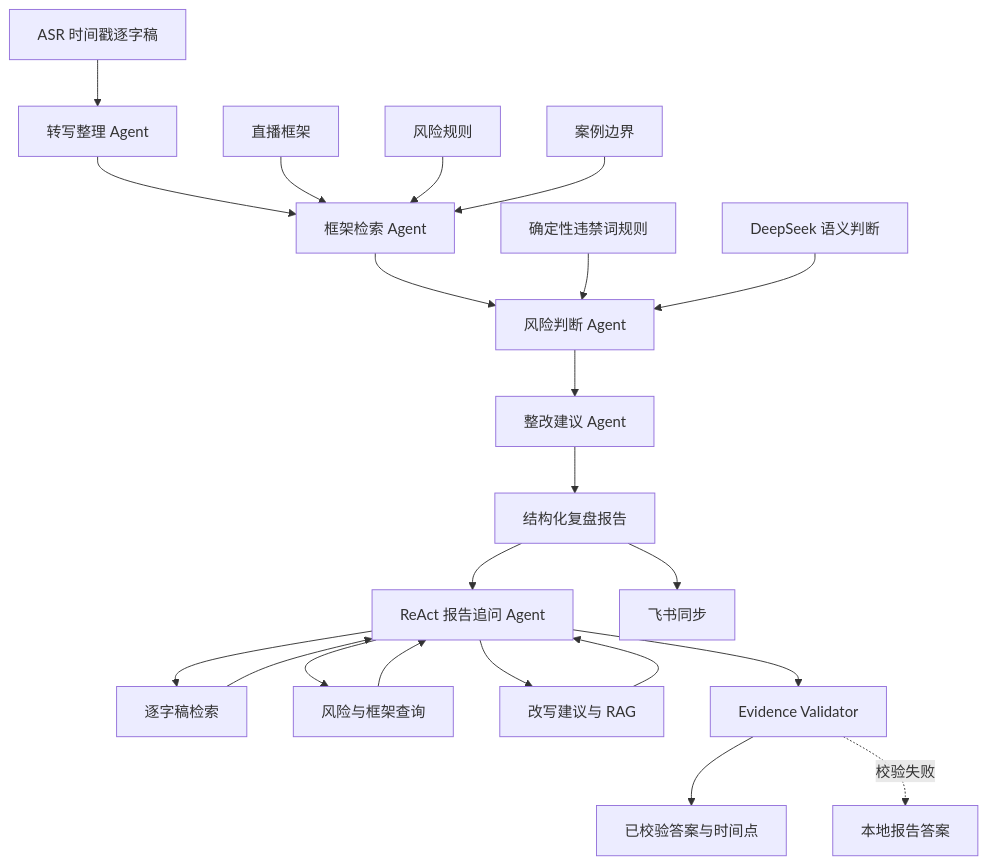
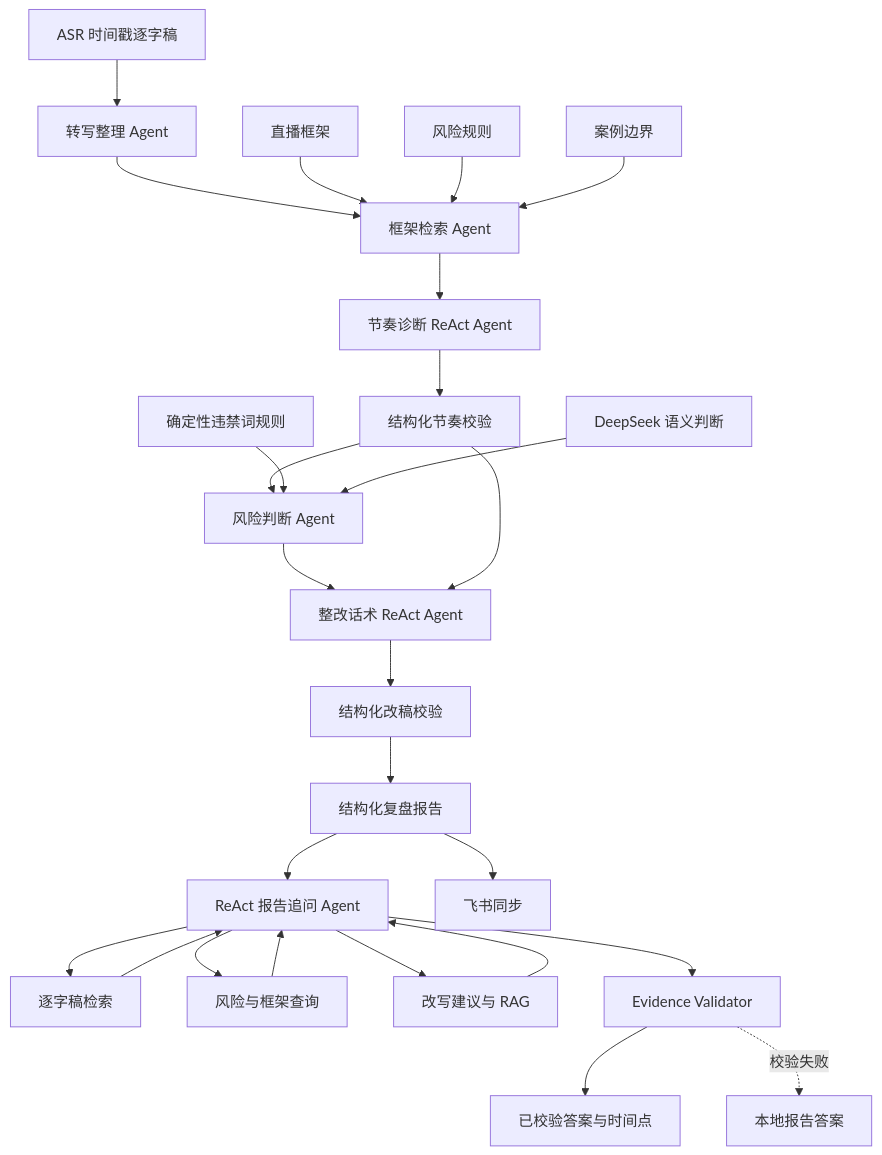
The second of 3 diagrams in README.md (1killermouse/ai-livestream-review), drawn with Mermaid before and after one commit. The commit also changed other lines of this file and 33 other files, not shown here.

````diff
--- a/README.md
+++ b/README.md
@@ -175,24 +174,28 @@
 ```mermaid
 flowchart TD
   A[ASR 时间戳逐字稿] --> B[转写整理 Agent]
   B --> C[框架检索 Agent]
   K1[直播框架] --> C
   K2[风险规则] --> C
   K3[案例边界] --> C
-  C --> D[风险判断 Agent]
-  R[确定性违禁词规则] --> D
-  L[DeepSeek 语义判断] --> D
-  D --> E[整改建议 Agent]
-  E --> F[结构化复盘报告]
-  F --> G[ReAct 报告追问 Agent]
+  C --> D[节奏诊断 ReAct Agent]
+  D --> D1[结构化节奏校验]
+  D1 --> E[风险判断 Agent]
+  R[确定性违禁词规则] --> E
+  L[DeepSeek 语义判断] --> E
+  E --> F[整改话术 ReAct Agent]
+  D1 --> F
+  F --> F1[结构化改稿校验]
+  F1 --> J[结构化复盘报告]
+  J --> G[ReAct 报告追问 Agent]
   G --> T1[逐字稿检索]
   G --> T2[风险与框架查询]
   G --> T3[改写建议与 RAG]
   T1 --> G
   T2 --> G
   T3 --> G
   G --> V[Evidence Validator]
   V --> U[已校验答案与时间点]
   V -. 校验失败 .-> B1[本地报告答案]
-  F --> H[飞书同步]
+  J --> H[飞书同步]
 ```
````
